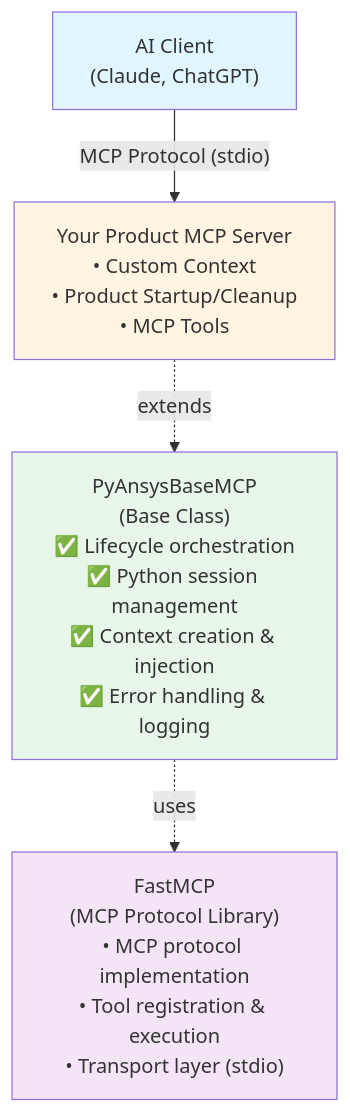
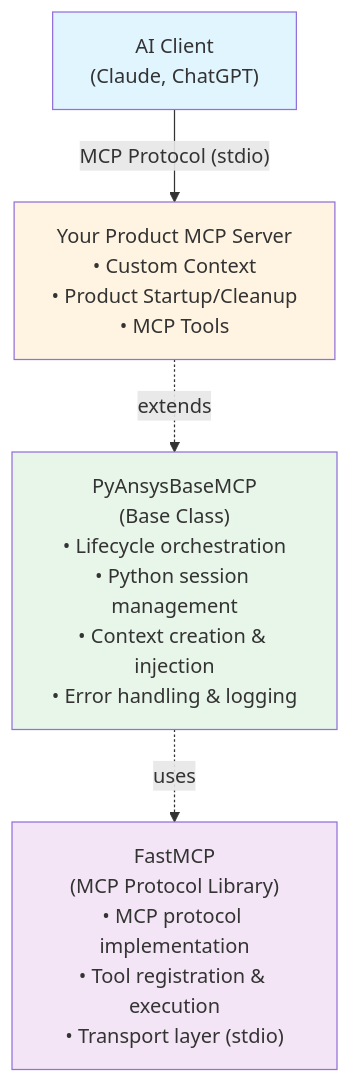
The diagram in doc/source/user_guide/architecture.rst (ansys/pyansys-common-mcp), drawn with Mermaid before and after one commit.

```diff
--- a/doc/source/user_guide/architecture.rst
+++ b/doc/source/user_guide/architecture.rst
@@ -14,16 +14,16 @@
 .. mermaid::
 
    flowchart TD
        A["AI Client<br/>(Claude, ChatGPT)"]
        B["Your Product MCP Server<br/>• Custom Context<br/>• Product Startup/Cleanup<br/>• MCP Tools"]
-       C["PyAnsysBaseMCP<br/>(Base Class)<br/>✅ Lifecycle orchestration<br/>✅ Python session management<br/>✅ Context creation & injection<br/>✅ Error handling & logging"]
+       C["PyAnsysBaseMCP<br/>(Base Class)<br/>• Lifecycle orchestration<br/>• Python session management<br/>• Context creation & injection<br/>• Error handling & logging"]
        D["FastMCP<br/>(MCP Protocol Library)<br/>• MCP protocol implementation<br/>• Tool registration & execution<br/>• Transport layer (stdio)"]
        
        A -->|"MCP Protocol (stdio)"| B
        B -.->|extends| C
        C -.->|uses| D
        
        style A fill:#e1f5ff
        style B fill:#fff4e1
        style C fill:#e8f5e9
        style D fill:#f3e5f5
```
